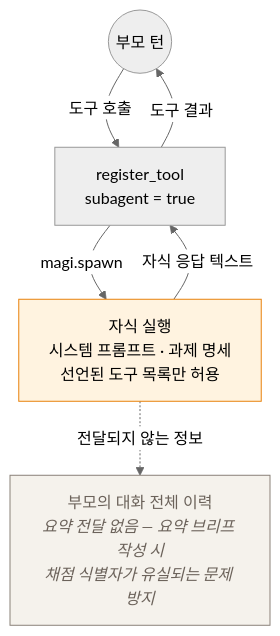
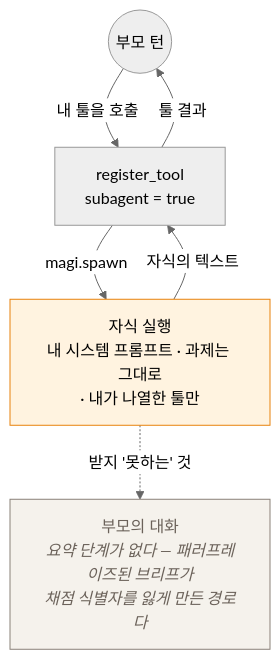
One commit to sayaya1090/magi changed the sixth of 6 diagrams in docs/EXTENDING.ko.md. Above: the diagram before and after it, drawn with Mermaid (neutral theme). The commit also changed other lines of this file and 4 other files, not shown here.

````diff
--- a/docs/EXTENDING.ko.md
+++ b/docs/EXTENDING.ko.md
@@ -632,10 +783,10 @@
 ```mermaid
 flowchart TD
-    P((부모 턴)) -->|도구 호출| TL[register_tool<br/>subagent = true]
-    TL -->|magi.spawn| CH["자식 실행<br/>시스템 프롬프트 · 과제 명세<br/>선언된 도구 목록만 허용"]
-    CH -->|자식 응답 텍스트| TL -->|도구 결과| P
-    CH -.->|전달되지 않는 정보| NO["부모의 대화 전체 이력<br/><i>요약 전달 없음 — 요약 브리프 작성 시<br/>채점 식별자가 유실되는 문제 방지</i>"]
+    P((부모 턴)) -->|내 툴을 호출| TL[register_tool<br/>subagent = true]
+    TL -->|magi.spawn| CH["자식 실행<br/>내 시스템 프롬프트 · 과제는 그대로<br/>· 내가 나열한 툴만"]
+    CH -->|자식의 텍스트| TL -->|툴 결과| P
+    CH -.->|받지 '못하는' 것| NO["부모의 대화<br/><i>요약 단계가 없다 — 패러프레이즈된 브리프가<br/>채점 식별자를 잃게 만든 경로다</i>"]
 
     style CH fill:#fff3e0,stroke:#e8820c
     style NO fill:#f5f2ec,stroke:#8a8178,color:#6b625a
 ```
````
